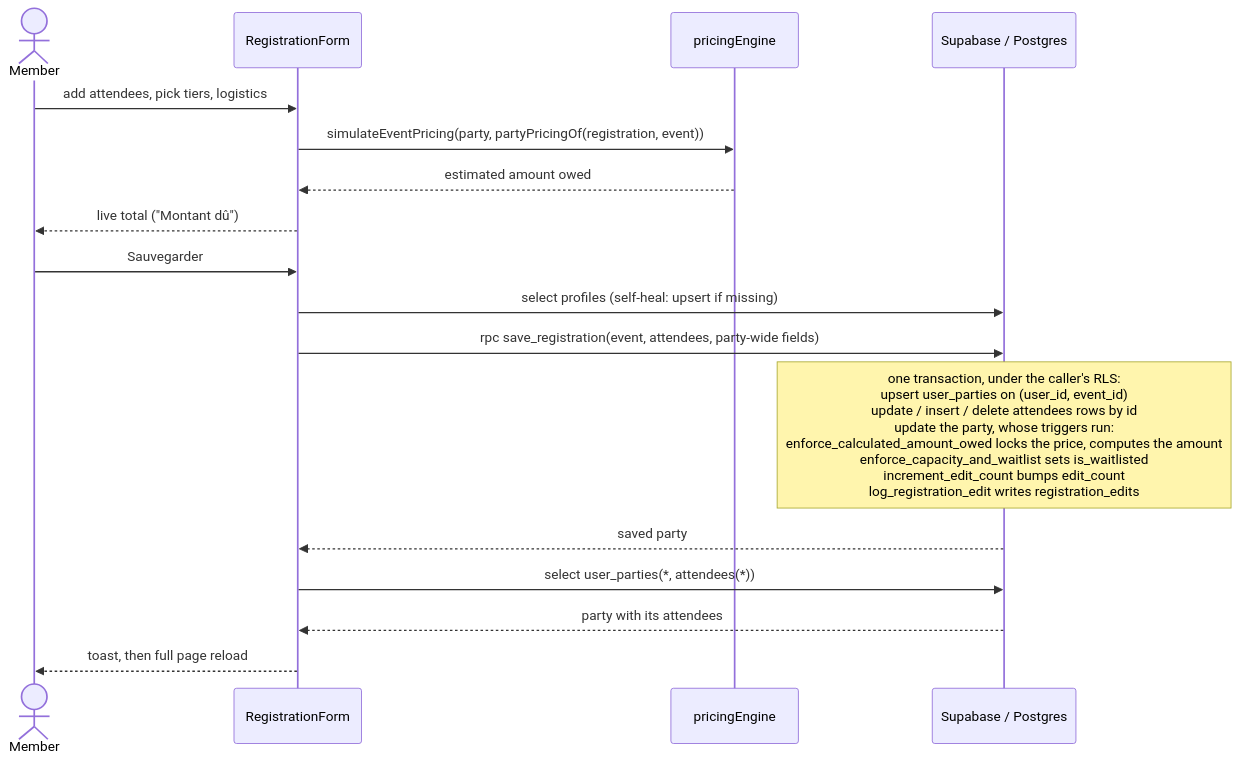
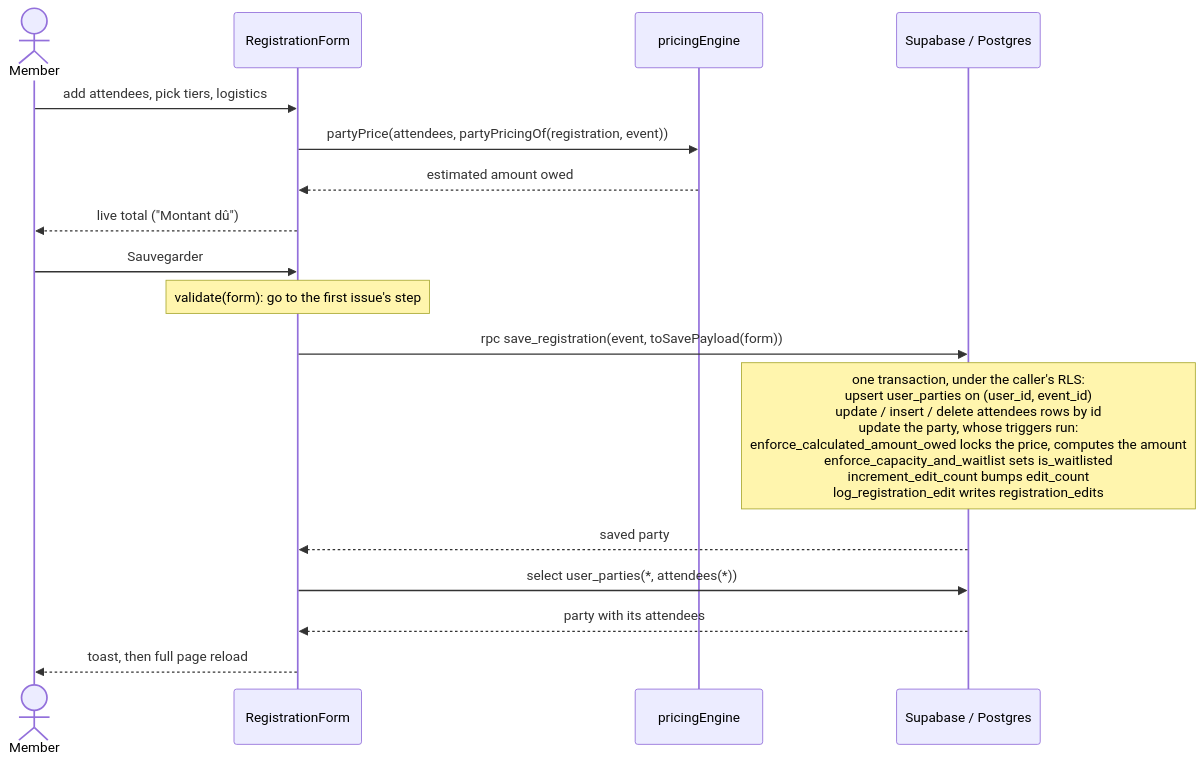
Before and after one commit to YULmix/yulmix-la-bedaine: the third of 5 diagrams in docs/02-architecture.md, drawn with Mermaid. The commit also changed other lines of this file and 7 other files, not shown here.

First line of the commit message:
refactor(registration): the form is the Registration module's reducer plus rendering; profile self-heal removed (#194) (#235)

````diff
--- a/docs/02-architecture.md
+++ b/docs/02-architecture.md
@@ -105,20 +105,20 @@
 ```mermaid
 sequenceDiagram
   actor U as Member
   participant RF as RegistrationForm
   participant PE as pricingEngine
   participant PG as Supabase / Postgres
 
   U->>RF: add attendees, pick tiers, logistics
-  RF->>PE: simulateEventPricing(party, partyPricingOf(registration, event))
+  RF->>PE: partyPrice(attendees, partyPricingOf(registration, event))
   PE-->>RF: estimated amount owed
   RF-->>U: live total ("Montant dû")
   U->>RF: Sauvegarder
-  RF->>PG: select profiles (self-heal: upsert if missing)
-  RF->>PG: rpc save_registration(event, attendees, party-wide fields)
+  Note over RF: validate(form): go to the first issue's step
+  RF->>PG: rpc save_registration(event, toSavePayload(form))
   Note over PG: one transaction, under the caller's RLS:<br/>upsert user_parties on (user_id, event_id)<br/>update / insert / delete attendees rows by id<br/>update the party, whose triggers run:<br/>enforce_calculated_amount_owed locks the price, computes the amount<br/>enforce_capacity_and_waitlist sets is_waitlisted<br/>increment_edit_count bumps edit_count<br/>log_registration_edit writes registration_edits
   PG-->>RF: saved party
   RF->>PG: select user_parties(*, attendees(*))
   PG-->>RF: party with its attendees
   RF-->>U: toast, then full page reload
 ```
````
